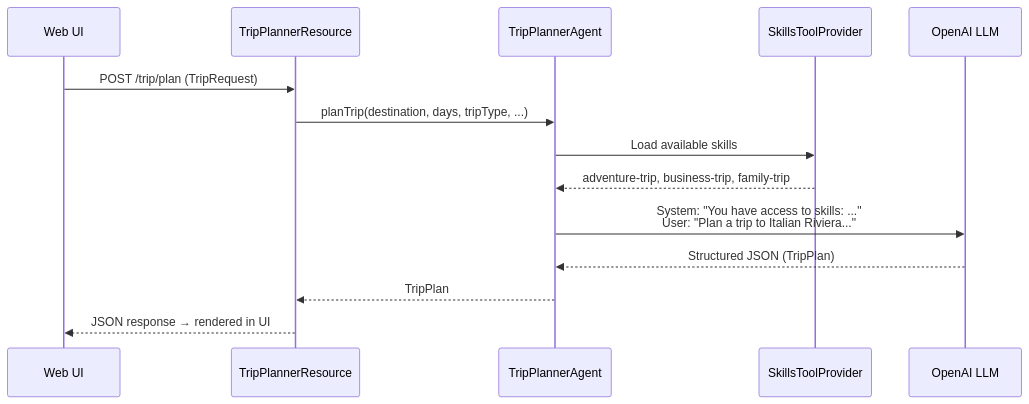
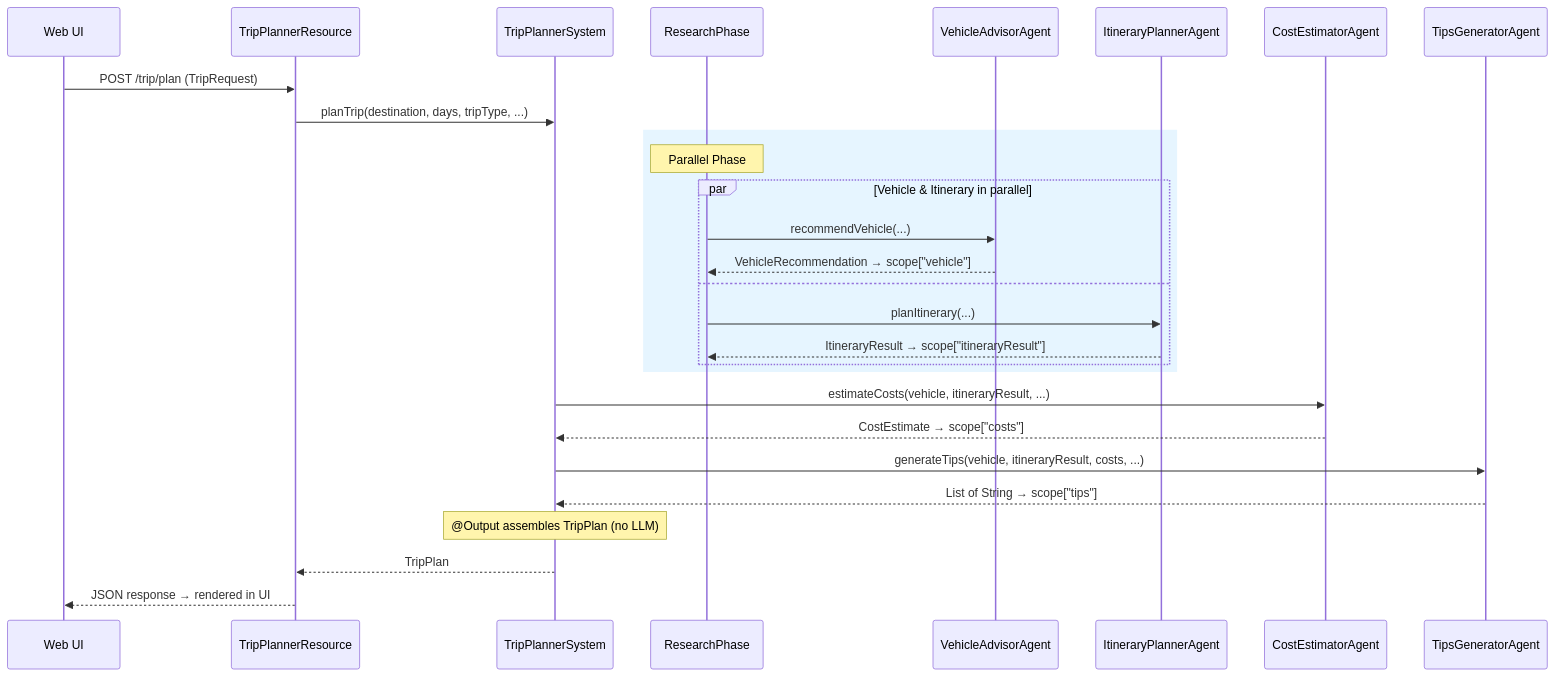
Before and after one commit to quarkusio/quarkus-workshop-langchain4j: the first of 2 diagrams in docs/docs/section-3/step-01.md, drawn with Mermaid. The commit also changed other lines of this file and 25 other files, not shown here.

Commit message:
Turn the single agent in step 01 of section 3 into a complete agentic system (#372)

````diff
--- a/docs/docs/section-3/step-01.md
+++ b/docs/docs/section-3/step-01.md
@@ -38,17 +63,35 @@
 ```mermaid
 sequenceDiagram
     participant User as Web UI
     participant REST as TripPlannerResource
-    participant Agent as TripPlannerAgent
-    participant Skills as SkillsToolProvider
-    participant LLM as OpenAI LLM
+    participant Seq as TripPlannerSystem
+    participant RP as ResearchPhase
+    participant VA as VehicleAdvisorAgent
+    participant IP as ItineraryPlannerAgent
+    participant CE as CostEstimatorAgent
+    participant TG as TipsGeneratorAgent
 
     User->>REST: POST /trip/plan (TripRequest)
-    REST->>Agent: planTrip(destination, days, tripType, ...)
-    Agent->>Skills: Load available skills
-    Skills-->>Agent: adventure-trip, business-trip, family-trip
-    Agent->>LLM: System: "You have access to skills: ..."<br/>User: "Plan a trip to Italian Riviera..."
-    LLM-->>Agent: Structured JSON (TripPlan)
-    Agent-->>REST: TripPlan
+    REST->>Seq: planTrip(destination, days, tripType, ...)
+
+    rect rgb(230, 245, 255)
+        Note over RP: Parallel Phase
+        par Vehicle & Itinerary in parallel
+            RP->>VA: recommendVehicle(...)
+            VA-->>RP: VehicleRecommendation → scope["vehicle"]
+        and
+            RP->>IP: planItinerary(...)
+            IP-->>RP: ItineraryResult → scope["itineraryResult"]
+        end
+    end
+
+    Seq->>CE: estimateCosts(vehicle, itineraryResult, ...)
+    CE-->>Seq: CostEstimate → scope["costs"]
+
+    Seq->>TG: generateTips(vehicle, itineraryResult, costs, ...)
+    TG-->>Seq: List of String → scope["tips"]
+
+    Note over Seq: @Output assembles TripPlan (no LLM)
+    Seq-->>REST: TripPlan
     REST-->>User: JSON response → rendered in UI
 ```
````
